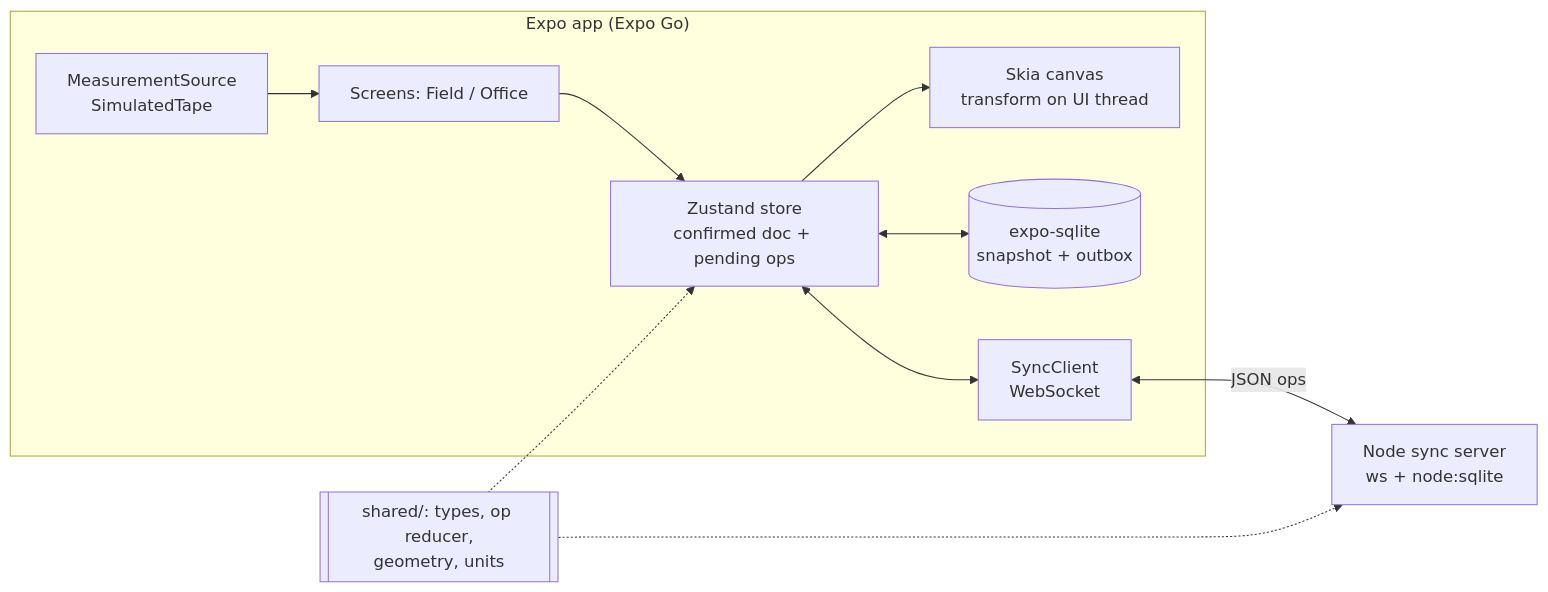
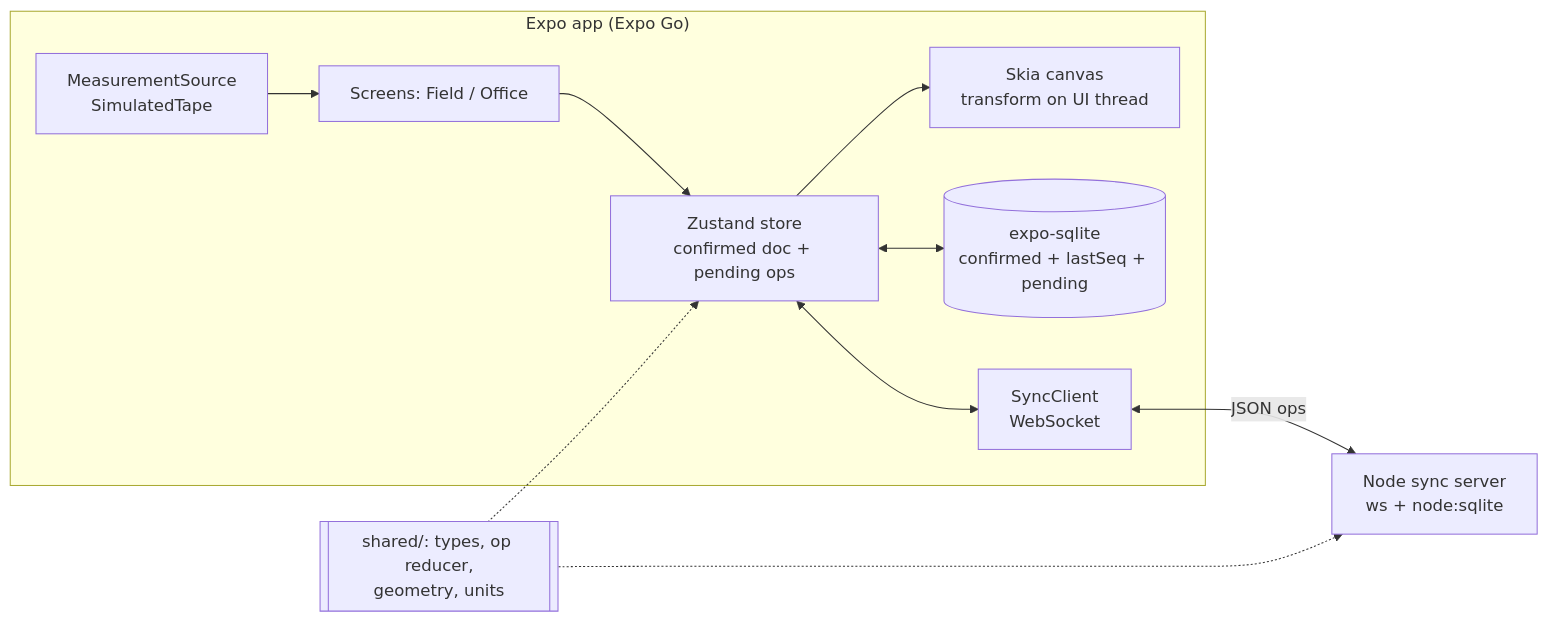
One commit to dadavidtseng/field-form changed the first of 2 diagrams in docs/DESIGN.md. Above: the diagram before and after it, drawn with Mermaid. The commit also changed other lines of this file, not shown here.

````diff
--- a/docs/DESIGN.md
+++ b/docs/DESIGN.md
@@ -120,13 +129,13 @@
 ```mermaid
 flowchart LR
   subgraph Device["Expo app (Expo Go)"]
     UI[Screens: Field / Office] --> Store[Zustand store<br/>confirmed doc + pending ops]
     Tape[MeasurementSource<br/>SimulatedTape] --> UI
     Store --> Canvas[Skia canvas<br/>transform on UI thread]
-    Store <--> Outbox[(expo-sqlite<br/>snapshot + outbox)]
+    Store <--> Outbox[(expo-sqlite<br/>confirmed + lastSeq + pending)]
     Store <--> WS[SyncClient<br/>WebSocket]
   end
   WS <-->|JSON ops| Server[Node sync server<br/>ws + node:sqlite]
   Shared[[shared/: types, op reducer,<br/>geometry, units]] -.-> Store
   Shared -.-> Server
 ```
````
